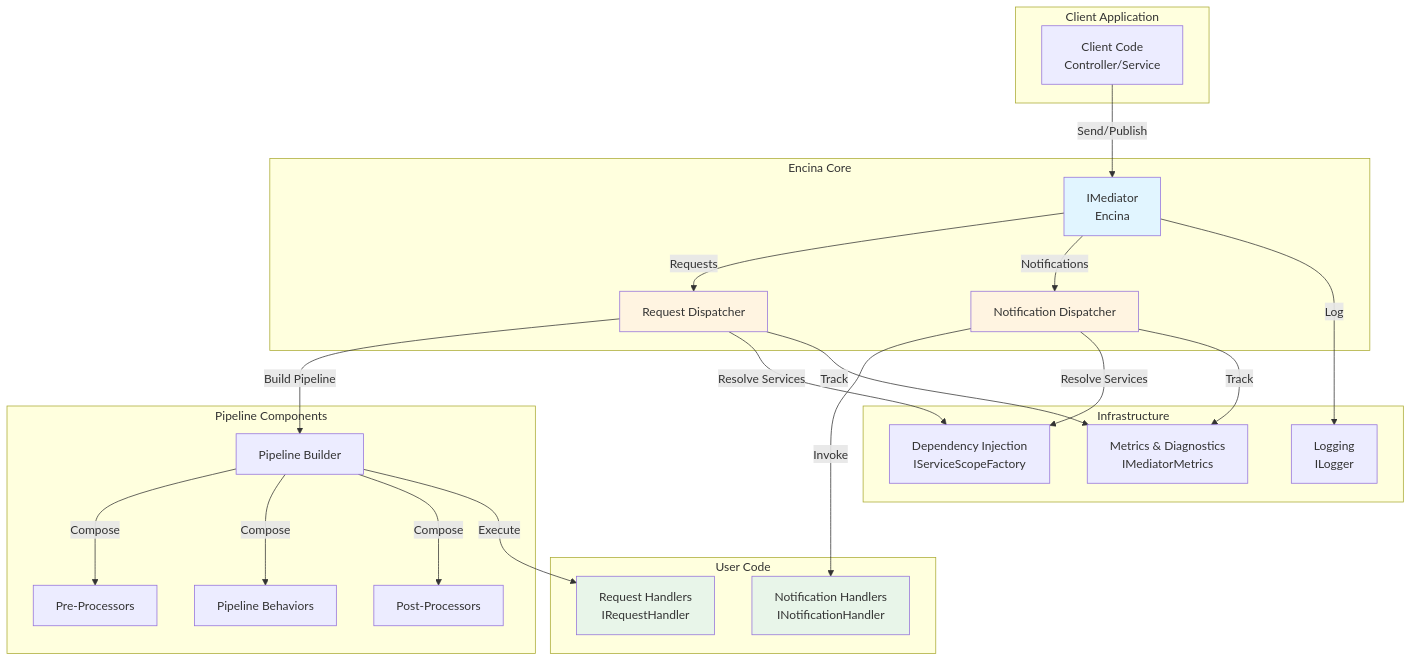
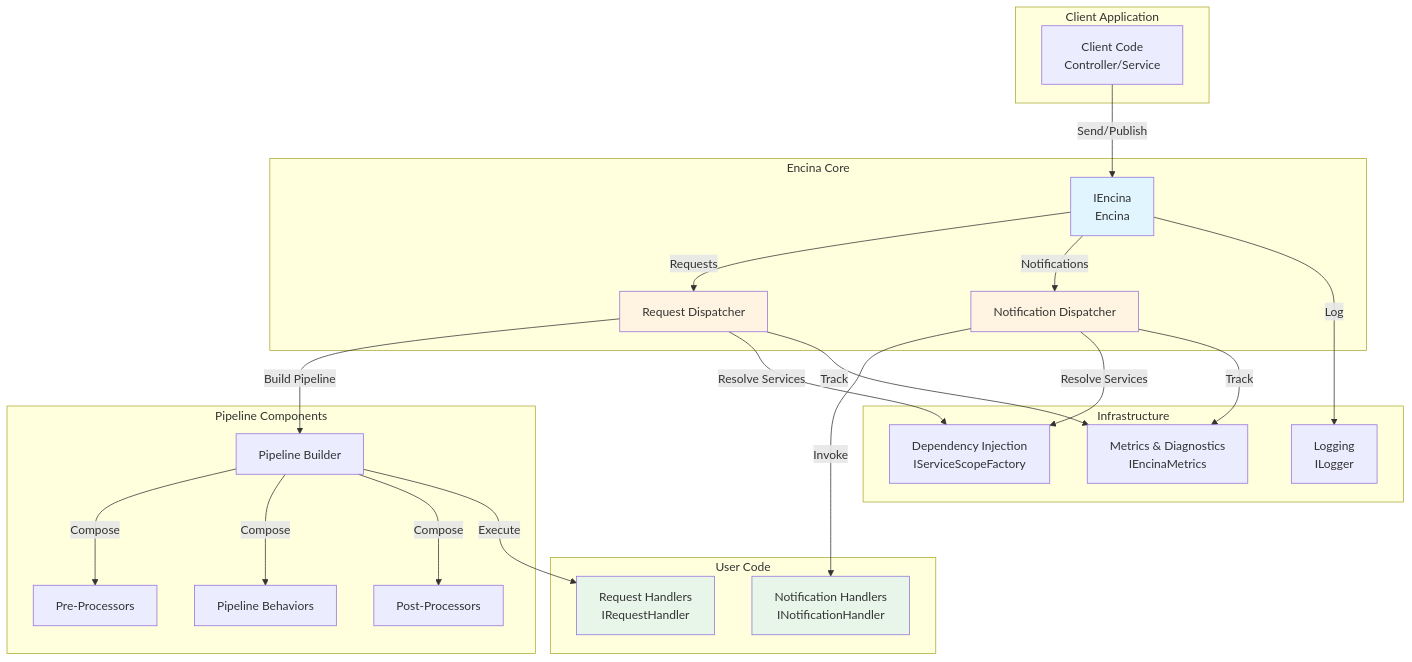
One commit to dlrivada/Encina changed the first of 7 diagrams in docs/architecture/component-diagram.md. Above: the diagram before and after it, drawn with Mermaid. The commit also changed other lines of this file and 394 other files, not shown here.

First line of the commit message:
refactor: complete Mediator to Encina renaming across entire codebase

````diff
--- a/docs/architecture/component-diagram.md
+++ b/docs/architecture/component-diagram.md
@@ -7,56 +7,56 @@
 ```mermaid
 graph TB
     subgraph "Client Application"
         Client[Client Code<br/>Controller/Service]
     end
 
     subgraph "Encina Core"
-        Mediator[IMediator<br/>Encina]
+        Encina[IEncina<br/>Encina]
         RequestDispatcher[Request Dispatcher]
         NotificationDispatcher[Notification Dispatcher]
     end
 
     subgraph "Pipeline Components"
         PreProc[Pre-Processors]
         Behaviors[Pipeline Behaviors]
         PostProc[Post-Processors]
         PipelineBuilder[Pipeline Builder]
     end
 
     subgraph "User Code"
         ReqHandler[Request Handlers<br/>IRequestHandler]
         NotifHandler[Notification Handlers<br/>INotificationHandler]
     end
 
     subgraph "Infrastructure"
         DI[Dependency Injection<br/>IServiceScopeFactory]
-        Metrics[Metrics & Diagnostics<br/>IMediatorMetrics]
+        Metrics[Metrics & Diagnostics<br/>IEncinaMetrics]
         Logging[Logging<br/>ILogger]
     end
 
-    Client -->|Send/Publish| Mediator
-    Mediator -->|Requests| RequestDispatcher
-    Mediator -->|Notifications| NotificationDispatcher
+    Client -->|Send/Publish| Encina
+    Encina -->|Requests| RequestDispatcher
+    Encina -->|Notifications| NotificationDispatcher
 
     RequestDispatcher -->|Build Pipeline| PipelineBuilder
     PipelineBuilder -->|Compose| PreProc
     PipelineBuilder -->|Compose| Behaviors
     PipelineBuilder -->|Compose| PostProc
     PipelineBuilder -->|Execute| ReqHandler
 
     NotificationDispatcher -->|Invoke| NotifHandler
 
     RequestDispatcher -->|Resolve Services| DI
     NotificationDispatcher -->|Resolve Services| DI
 
     RequestDispatcher -->|Track| Metrics
     NotificationDispatcher -->|Track| Metrics
 
-    Mediator -->|Log| Logging
+    Encina -->|Log| Logging
 
-    style Mediator fill:#e1f5ff
+    style Encina fill:#e1f5ff
     style RequestDispatcher fill:#fff4e1
     style NotificationDispatcher fill:#fff4e1
     style ReqHandler fill:#e8f5e9
     style NotifHandler fill:#e8f5e9
 ```
````
